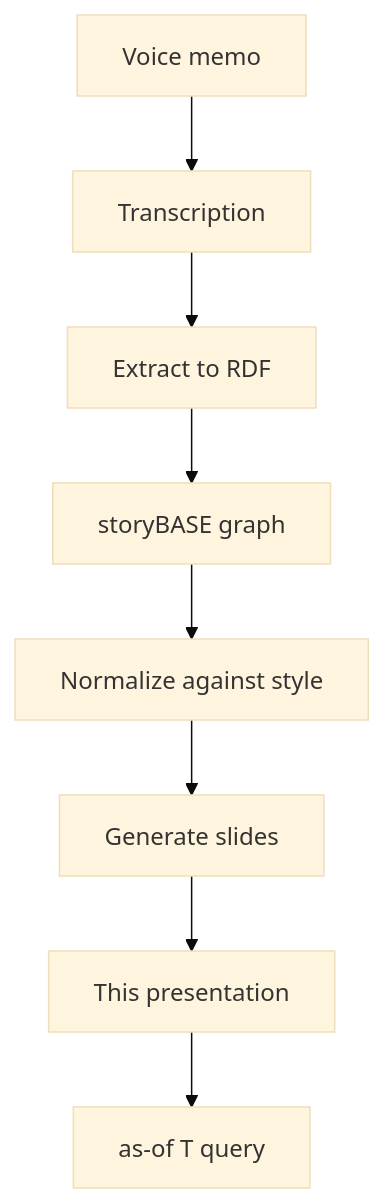
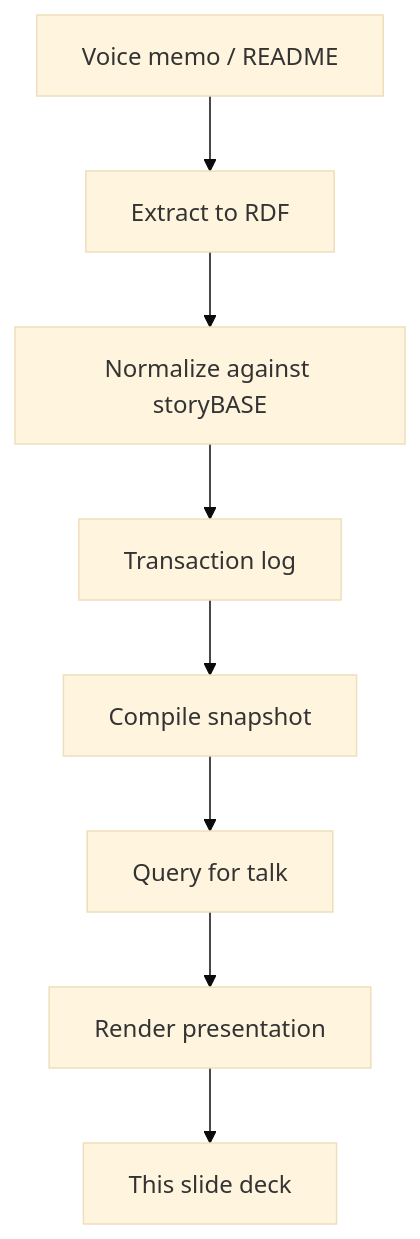
One commit to Synthetic-Identity-Co/conj-talk-2025 changed the fourth of 4 diagrams in conj-talk-2025.md. Above: the diagram before and after it, drawn with Mermaid (base theme). The commit also changed other lines of this file, not shown here.

Commit message:
story:  b8d1673e3891bdc7620c78b3478d8afa726cba51

````diff
--- a/conj-talk-2025.md
+++ b/conj-talk-2025.md
@@ -270,10 +299,10 @@
 ```mermaid
 graph TD
-    A[Voice memo] --> B[Transcription]
-    B --> C[Extract to RDF]
-    C --> D[storyBASE graph]
-    D --> E[Normalize against style]
-    E --> F[Generate slides]
-    F --> G[This presentation]
-    G --> H[as-of T query]
+    A[Voice memo / README] --> B[Extract to RDF]
+    B --> C[Normalize against storyBASE]
+    C --> D[Transaction log]
+    D --> E[Compile snapshot]
+    E --> F[Query for talk]
+    F --> G[Render presentation]
+    G --> H[This slide deck]
 ```
````
